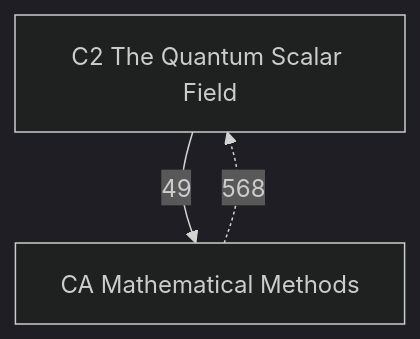
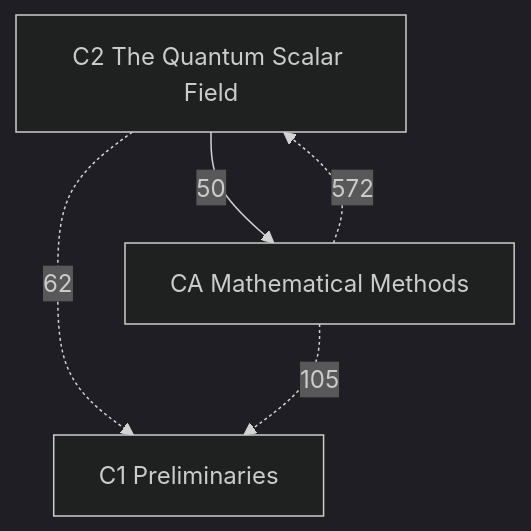
The diagram in Physics/Quantum Field Theory/Quantum Field Theory.md (Onion20040508/notes), drawn with Mermaid (dark theme) before and after one commit. The commit also changed other lines of this file and 17 other files, not shown here.

````diff
--- a/Physics/Quantum Field Theory/Quantum Field Theory.md
+++ b/Physics/Quantum Field Theory/Quantum Field Theory.md
@@ -21,7 +22,10 @@
 ```mermaid
 graph TD
+  C1["C1 Preliminaries"]
   C2["C2 The Quantum Scalar Field"]
   CA["CA Mathematical Methods"]
-  C2 -->|49| CA
-  CA -.->|568| C2
+  C2 -->|50| CA
+  C2 -.->|62| C1
+  CA -.->|105| C1
+  CA -.->|572| C2
 ```
````
